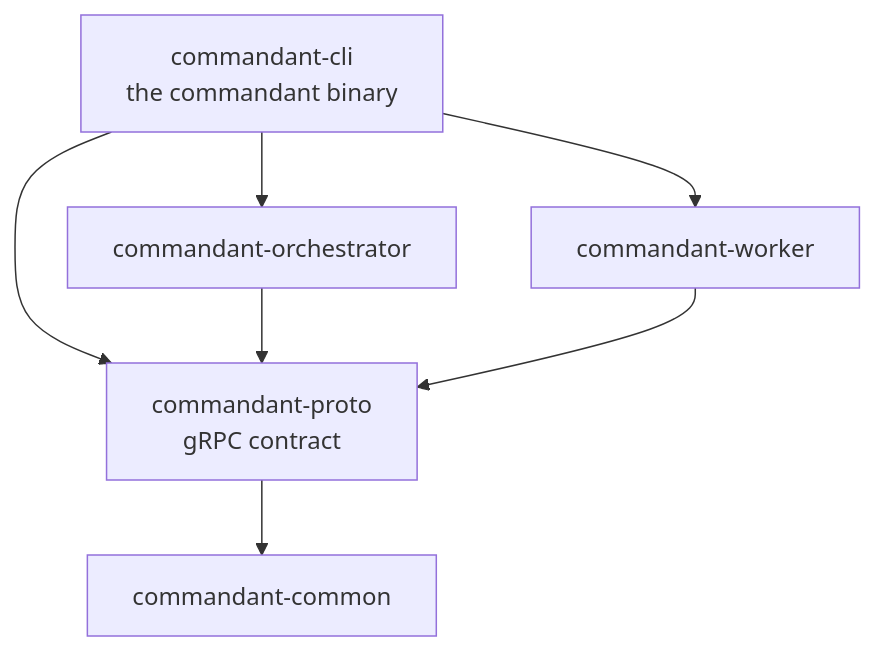
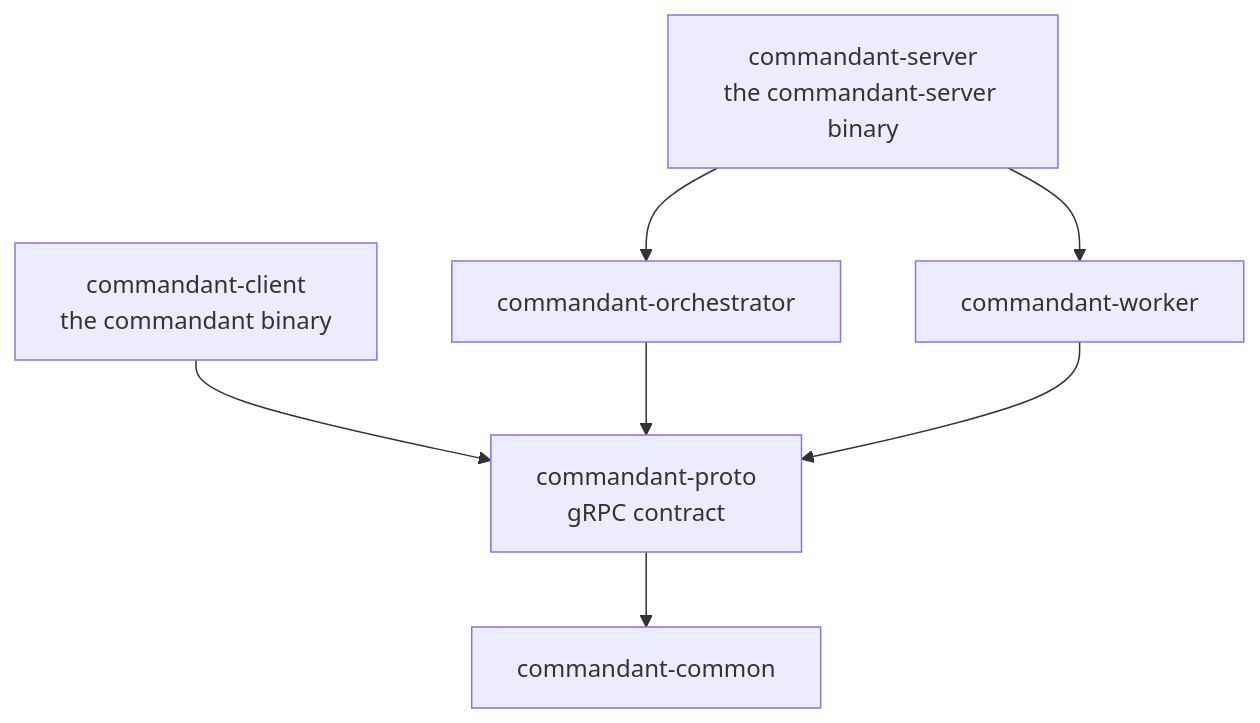
The diagram in docs/crates.md (EwenSellitto/Commandant), drawn with Mermaid before and after one commit. The commit also changed other lines of this file and 29 other files, not shown here.

First line of the commit message:
feat: split the server and worker into a commandant-server binary

````diff
--- a/docs/crates.md
+++ b/docs/crates.md
@@ -6,12 +7,14 @@
 ```mermaid
 flowchart TD
-    CLI["commandant-cli<br/>the commandant binary"]
+    SERVER["commandant-server<br/>the commandant-server binary"]
+    CLIENT["commandant-client<br/>the commandant binary"]
     ORCH["commandant-orchestrator"]
     WORK["commandant-worker"]
     PROTO["commandant-proto<br/>gRPC contract"]
     COMMON["commandant-common"]
-    CLI --> ORCH & WORK & PROTO
+    SERVER --> ORCH & WORK
+    CLIENT --> PROTO
     ORCH --> PROTO
     WORK --> PROTO
     PROTO --> COMMON
 ```
````
